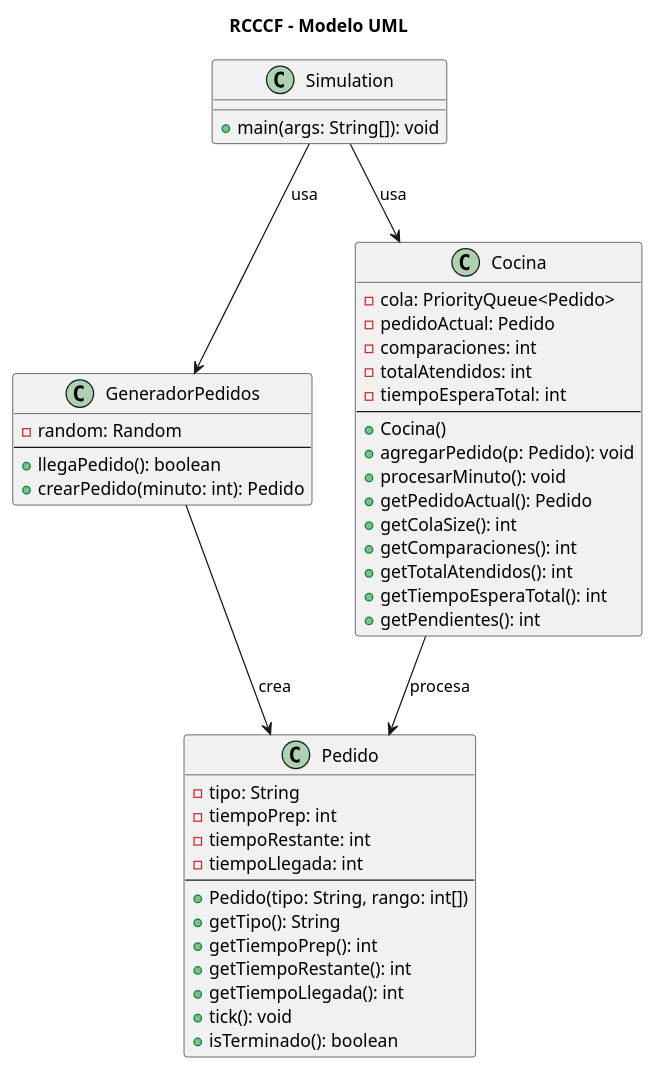
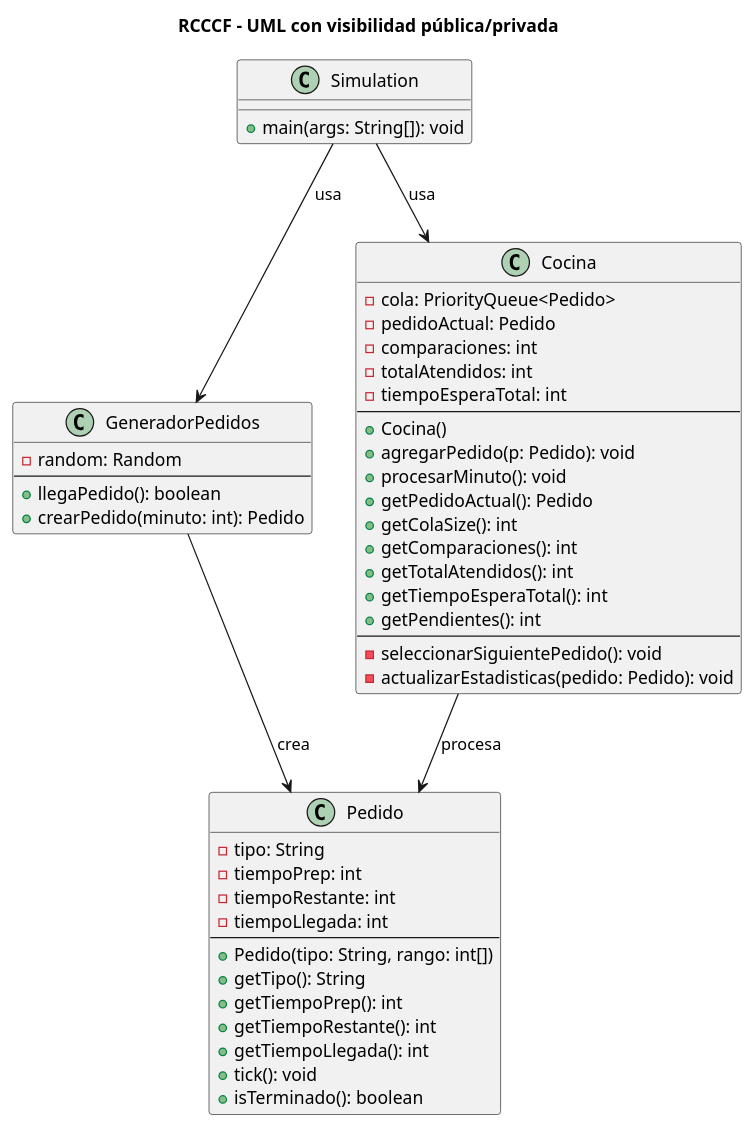
The diagram in entregas/caicedoEsteban/src/rcccf.puml (mmasias/25-26-EDA1), drawn with PlantUML before and after one commit. The commit also changed 1 other file, not shown here.

```diff
--- a/entregas/caicedoEsteban/src/rcccf.puml
+++ b/entregas/caicedoEsteban/src/rcccf.puml
@@ -1,53 +1,56 @@
 @startuml
-title RCCCF - Modelo UML
+title RCCCF - UML con visibilidad pública/privada
 
 class Pedido {
     - tipo: String
     - tiempoPrep: int
     - tiempoRestante: int
     - tiempoLlegada: int
     --
     + Pedido(tipo: String, rango: int[])
     + getTipo(): String
     + getTiempoPrep(): int
     + getTiempoRestante(): int
     + getTiempoLlegada(): int
     + tick(): void
     + isTerminado(): boolean
 }
 
 class GeneradorPedidos {
     - random: Random
     --
     + llegaPedido(): boolean
     + crearPedido(minuto: int): Pedido
 }
 
 class Cocina {
     - cola: PriorityQueue<Pedido>
     - pedidoActual: Pedido
     - comparaciones: int
     - totalAtendidos: int
     - tiempoEsperaTotal: int
     --
     + Cocina()
     + agregarPedido(p: Pedido): void
     + procesarMinuto(): void
     + getPedidoActual(): Pedido
     + getColaSize(): int
     + getComparaciones(): int
     + getTotalAtendidos(): int
     + getTiempoEsperaTotal(): int
     + getPendientes(): int
+    --
+    - seleccionarSiguientePedido(): void
+    - actualizarEstadisticas(pedido: Pedido): void
 }
 
 class Simulation {
     + main(args: String[]): void
 }
 
 GeneradorPedidos --> Pedido : «crea»
 Cocina --> Pedido : «procesa»
 Simulation --> Cocina : «usa»
 Simulation --> GeneradorPedidos : «usa»
 
 @enduml
```
